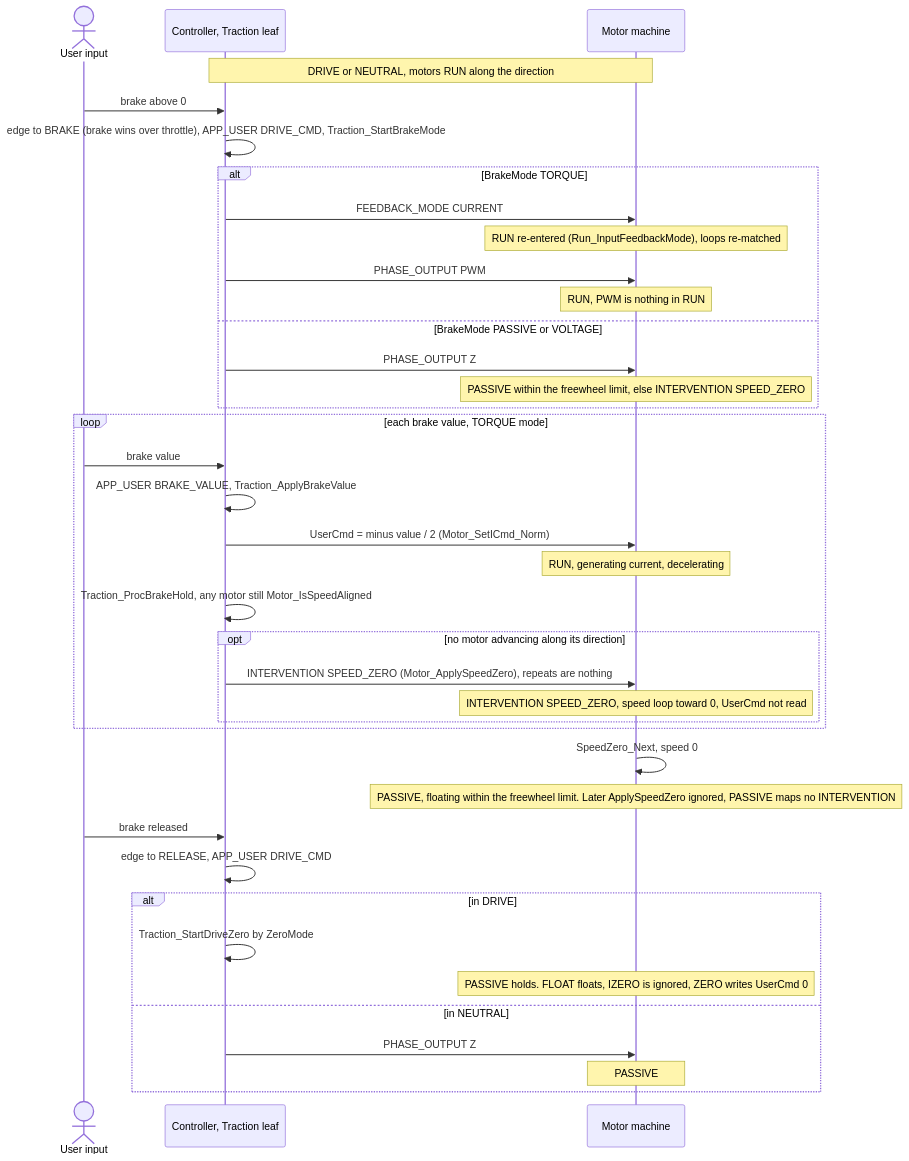
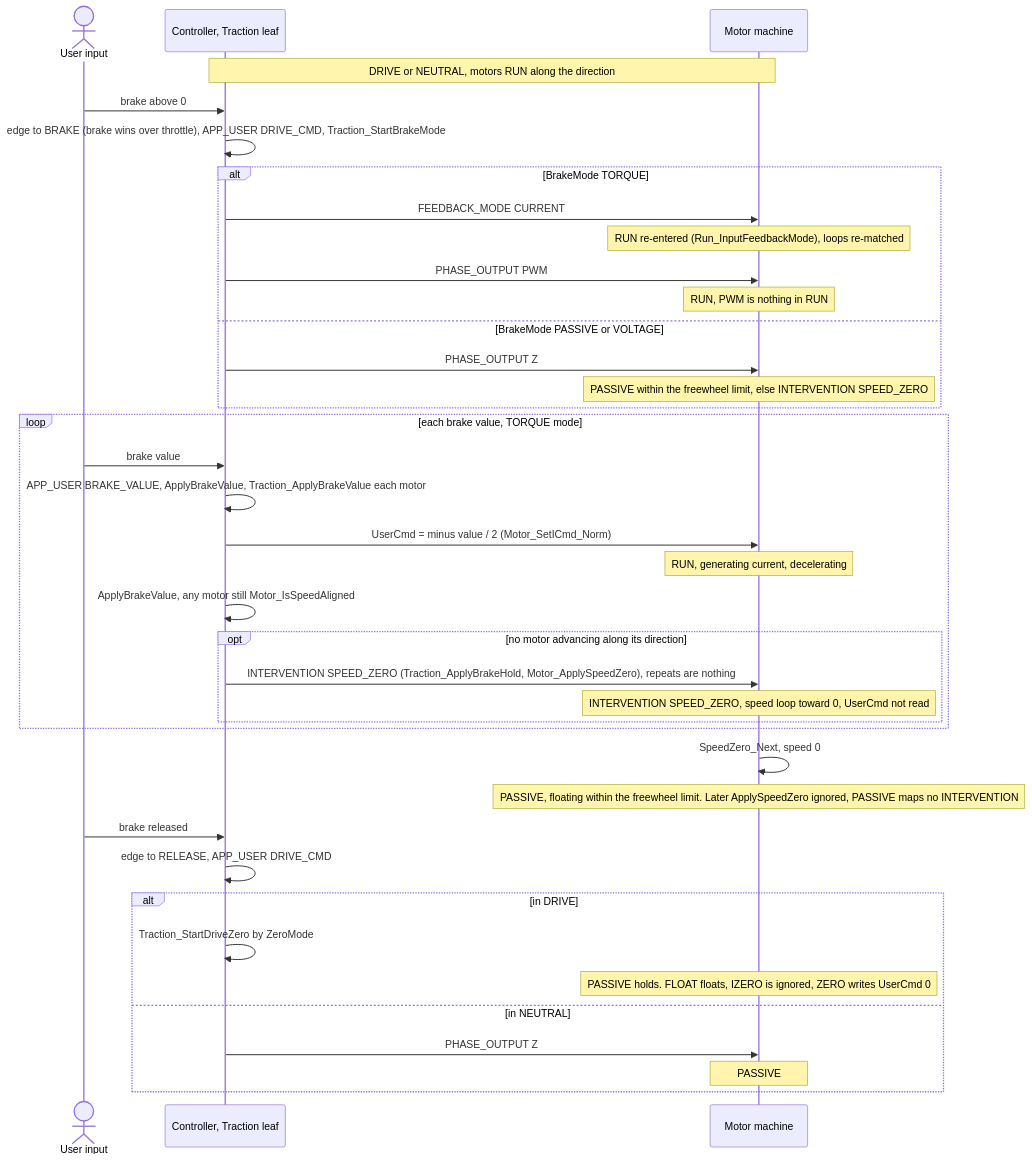
Before and after one commit to FireSourcery/FireSourcery_Library: the third of 6 diagrams in Motor/MotorController/Traction/MotorController_Traction.md, drawn with Mermaid. The commit also changed other lines of this file and 24 other files, not shown here.

````diff
--- a/Motor/MotorController/Traction/MotorController_Traction.md
+++ b/Motor/MotorController/Traction/MotorController_Traction.md
@@ -137,40 +141,40 @@
 ```mermaid
 sequenceDiagram
     actor U as User input
     participant C as Controller, Traction leaf
     participant M as Motor machine
     Note over C,M: DRIVE or NEUTRAL, motors RUN along the direction
     U->>C: brake above 0
     C->>C: edge to BRAKE (brake wins over throttle), APP_USER DRIVE_CMD, Traction_StartBrakeMode
     alt BrakeMode TORQUE
         C->>M: FEEDBACK_MODE CURRENT
         Note over M: RUN re-entered (Run_InputFeedbackMode), loops re-matched
         C->>M: PHASE_OUTPUT PWM
         Note over M: RUN, PWM is nothing in RUN
     else BrakeMode PASSIVE or VOLTAGE
         C->>M: PHASE_OUTPUT Z
         Note over M: PASSIVE within the freewheel limit, else INTERVENTION SPEED_ZERO
     end
     loop each brake value, TORQUE mode
         U->>C: brake value
-        C->>C: APP_USER BRAKE_VALUE, Traction_ApplyBrakeValue
+        C->>C: APP_USER BRAKE_VALUE, ApplyBrakeValue, Traction_ApplyBrakeValue each motor
         C->>M: UserCmd = minus value / 2 (Motor_SetICmd_Norm)
         Note over M: RUN, generating current, decelerating
-        C->>C: Traction_ProcBrakeHold, any motor still Motor_IsSpeedAligned
+        C->>C: ApplyBrakeValue, any motor still Motor_IsSpeedAligned
         opt no motor advancing along its direction
-            C->>M: INTERVENTION SPEED_ZERO (Motor_ApplySpeedZero), repeats are nothing
+            C->>M: INTERVENTION SPEED_ZERO (Traction_ApplyBrakeHold, Motor_ApplySpeedZero), repeats are nothing
             Note over M: INTERVENTION SPEED_ZERO, speed loop toward 0, UserCmd not read
         end
     end
     M->>M: SpeedZero_Next, speed 0
     Note over M: PASSIVE, floating within the freewheel limit. Later ApplySpeedZero ignored, PASSIVE maps no INTERVENTION
     U->>C: brake released
     C->>C: edge to RELEASE, APP_USER DRIVE_CMD
     alt in DRIVE
         C->>C: Traction_StartDriveZero by ZeroMode
         Note over M: PASSIVE holds. FLOAT floats, IZERO is ignored, ZERO writes UserCmd 0
     else in NEUTRAL
         C->>M: PHASE_OUTPUT Z
         Note over M: PASSIVE
     end
 ```
````
